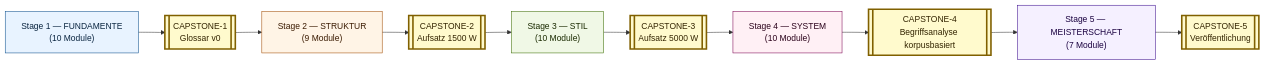
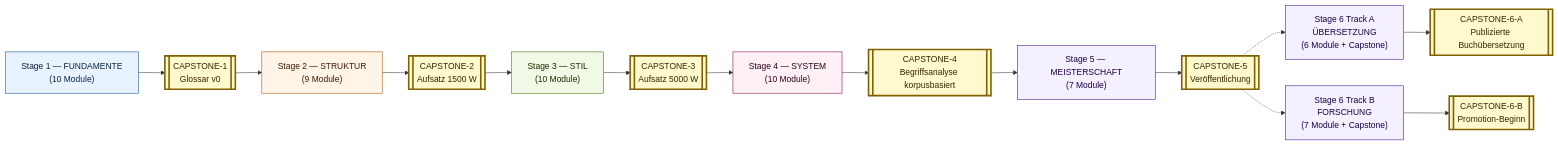
The first of 13 diagrams in framework/00-meta/DAG.md (NicolasDeNigris91/Deutly), drawn with Mermaid before and after one commit. The commit also changed other lines of this file and 22 other files, not shown here.

First line of the commit message:
v2.0 — MAJOR RELEASE: CAPSTONE-5 exemplar + Stage 6 Tracks A + B vollständig

````diff
--- a/framework/00-meta/DAG.md
+++ b/framework/00-meta/DAG.md
@@ -19,23 +19,29 @@
 ```mermaid
 flowchart LR
     classDef stage1 fill:#e8f3ff,stroke:#0a4d8c,color:#0a2540
     classDef stage2 fill:#fff4e6,stroke:#a04a00,color:#3a1a00
     classDef stage3 fill:#f0f8e6,stroke:#3a6b00,color:#1a2a00
     classDef stage4 fill:#fff0f5,stroke:#7a0050,color:#2a001a
     classDef stage5 fill:#f5f0ff,stroke:#3a0a8c,color:#1a0040
     classDef capstone fill:#fffacd,stroke:#806000,color:#332400,stroke-width:3px
 
     S1["Stage 1 — FUNDAMENTE<br/>(10 Module)"]:::stage1
     S2["Stage 2 — STRUKTUR<br/>(9 Module)"]:::stage2
     S3["Stage 3 — STIL<br/>(10 Module)"]:::stage3
     S4["Stage 4 — SYSTEM<br/>(10 Module)"]:::stage4
     S5["Stage 5 — MEISTERSCHAFT<br/>(7 Module)"]:::stage5
+    S6A["Stage 6 Track A<br/>ÜBERSETZUNG<br/>(6 Module + Capstone)"]:::stage5
+    S6B["Stage 6 Track B<br/>FORSCHUNG<br/>(7 Module + Capstone)"]:::stage5
 
     C1[["CAPSTONE-1<br/>Glossar v0"]]:::capstone
     C2[["CAPSTONE-2<br/>Aufsatz 1500 W"]]:::capstone
     C3[["CAPSTONE-3<br/>Aufsatz 5000 W"]]:::capstone
     C4[["CAPSTONE-4<br/>Begriffsanalyse korpusbasiert"]]:::capstone
     C5[["CAPSTONE-5<br/>Veröffentlichung"]]:::capstone
+    C6A[["CAPSTONE-6-A<br/>Publizierte Buchübersetzung"]]:::capstone
+    C6B[["CAPSTONE-6-B<br/>Promotion-Beginn"]]:::capstone
 
     S1 --> C1 --> S2 --> C2 --> S3 --> C3 --> S4 --> C4 --> S5 --> C5
+    C5 -.-> S6A --> C6A
+    C5 -.-> S6B --> C6B
 ```
````
